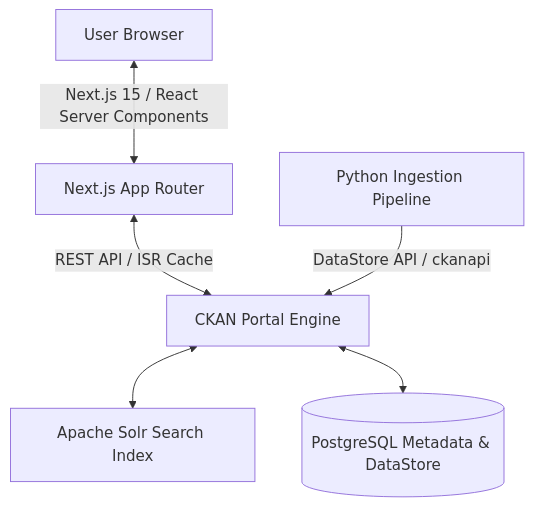
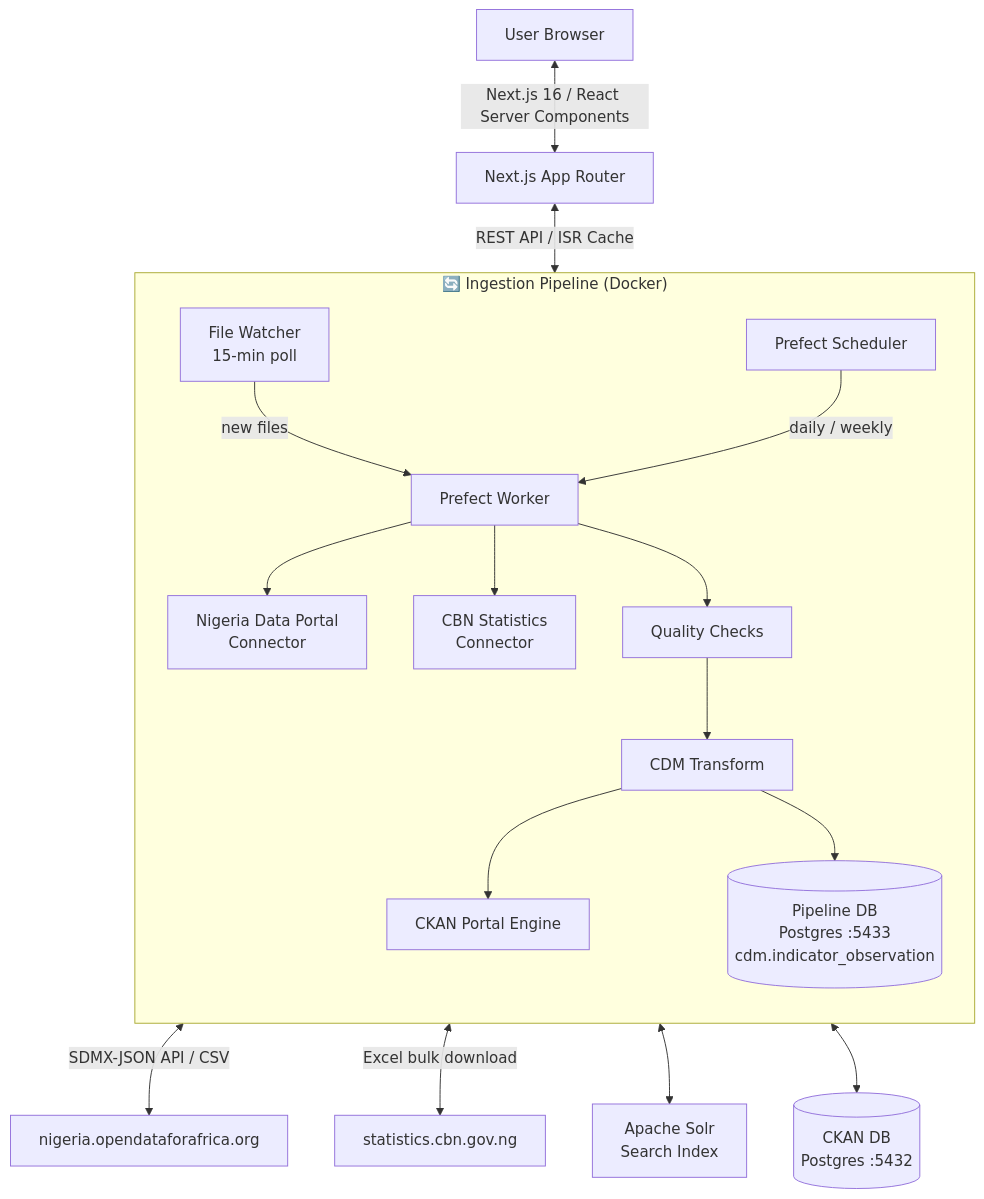
The diagram in README.md (Balogunhabeeb14/Nigeria-Open-Data), drawn with Mermaid before and after one commit. The commit also changed other lines of this file and 42 other files, not shown here.

First line of the commit message:
feat: implement unified container architecture and data pipeline

````diff
--- a/README.md
+++ b/README.md
@@ -88,8 +11,27 @@
 ```mermaid
 graph TD
-    User[User Browser] <--> |Next.js 15 / React Server Components| Frontend[Next.js App Router]
+    %% Frontend
+    User[User Browser] <--> |Next.js 16 / React Server Components| Frontend[Next.js App Router]
     Frontend <--> |REST API / ISR Cache| CKAN[CKAN Portal Engine]
-    Pipeline[Python Ingestion Pipeline] --> |DataStore API / ckanapi| CKAN
-    CKAN <--> Solr[Apache Solr Search Index]
-    CKAN <--> DB[(PostgreSQL Metadata & DataStore)]
+
+    %% Pipeline
+    subgraph Pipeline ["🔄 Ingestion Pipeline (Docker)"]
+        direction TB
+        Watcher[File Watcher\n15-min poll] --> |new files| Orchestrator
+        Scheduler[Prefect Scheduler] --> |daily / weekly| Orchestrator
+        Orchestrator[Prefect Worker] --> NDP[Nigeria Data Portal\nConnector]
+        Orchestrator --> CBN[CBN Statistics\nConnector]
+        Orchestrator --> QC[Quality Checks]
+        QC --> CDM[CDM Transform]
+        CDM --> PipelineDB[(Pipeline DB\nPostgres :5433\ncdm.indicator_observation)]
+        CDM --> CKAN
+    end
+
+    %% Data sources
+    NDP <--> |SDMX-JSON API / CSV| NigeriaPortal[nigeria.opendataforafrica.org]
+    CBN <--> |Excel bulk download| CBNSite[statistics.cbn.gov.ng]
+
+    %% Infrastructure
+    CKAN <--> Solr[Apache Solr\nSearch Index]
+    CKAN <--> CKANDb[(CKAN DB\nPostgres :5432)]
 ```
````
